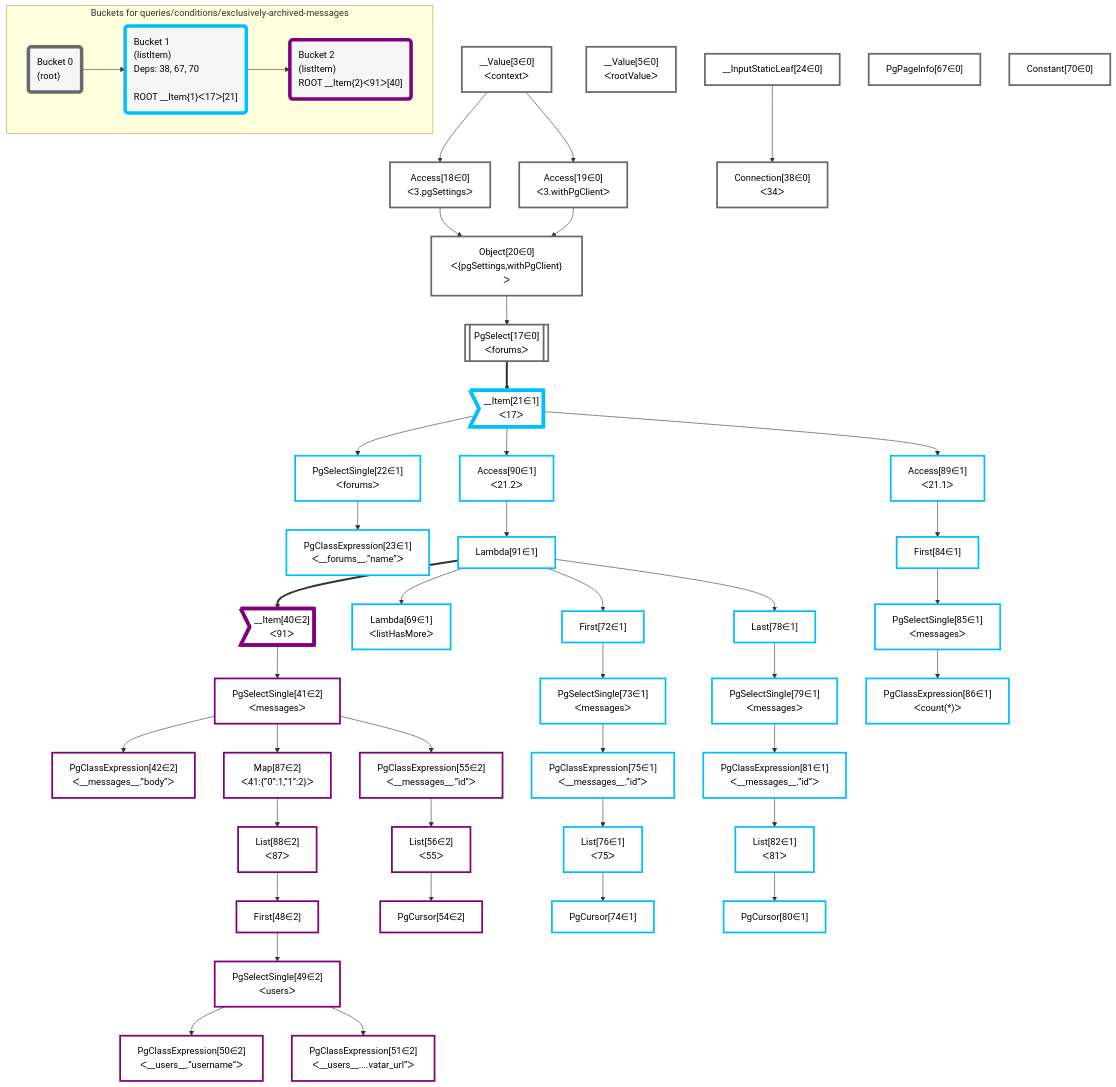
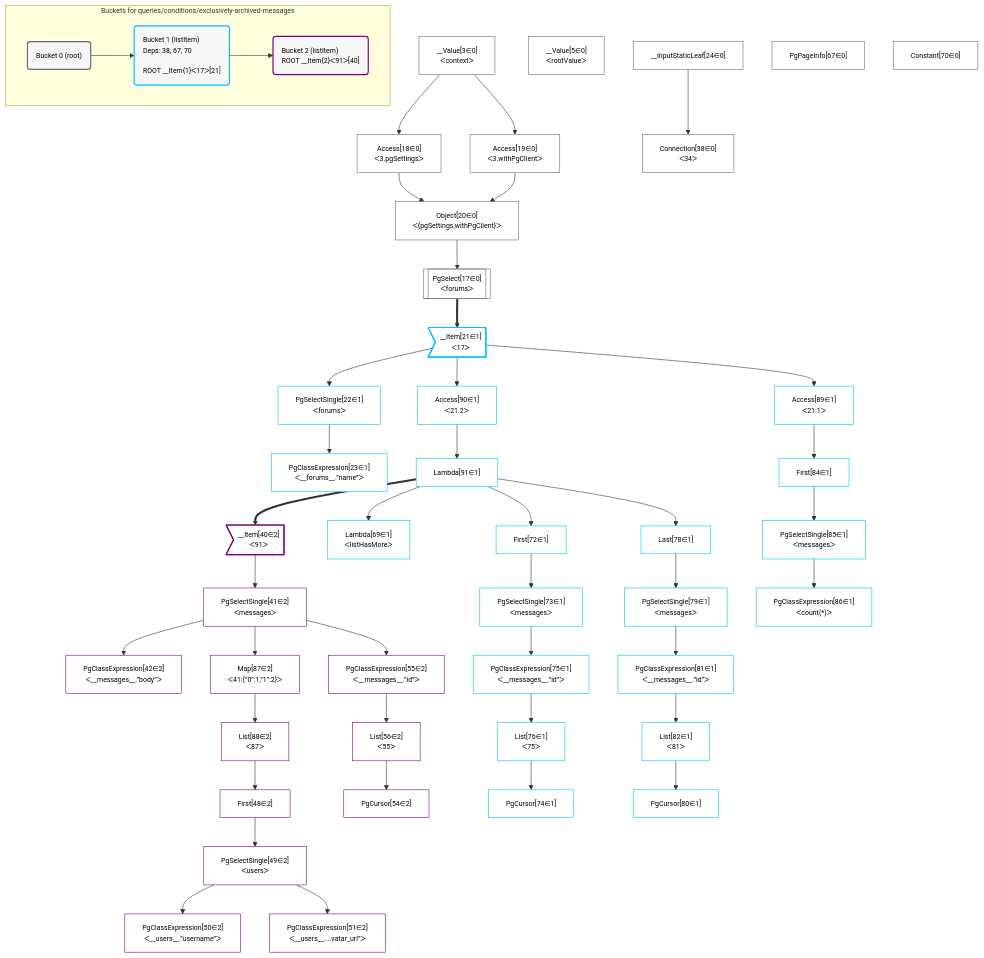
Before and after one commit to graphile/crystal: the diagram in grafast/dataplan-pg/__tests__/queries/conditions/exclusively-archived-messages.mermaid, drawn with Mermaid. The commit also changed 99 other files, not shown here.

```diff
--- a/grafast/dataplan-pg/__tests__/queries/conditions/exclusively-archived-messages.mermaid
+++ b/grafast/dataplan-pg/__tests__/queries/conditions/exclusively-archived-messages.mermaid
@@ -1,104 +1,105 @@
+%%{init: {'themeVariables': { 'fontSize': '12px'}}}%%
 graph TD
     classDef path fill:#eee,stroke:#000,color:#000
-    classDef plan fill:#fff,stroke-width:3px,color:#000
-    classDef itemplan fill:#fff,stroke-width:6px,color:#000
-    classDef sideeffectplan fill:#f00,stroke-width:6px,color:#000
-    classDef bucket fill:#f6f6f6,color:#000,stroke-width:6px,text-align:left
+    classDef plan fill:#fff,stroke-width:1px,color:#000
+    classDef itemplan fill:#fff,stroke-width:2px,color:#000
+    classDef sideeffectplan fill:#f00,stroke-width:2px,color:#000
+    classDef bucket fill:#f6f6f6,color:#000,stroke-width:2px,text-align:left
 
 
     %% define steps
     __Value3["__Value[3∈0]<br />ᐸcontextᐳ"]:::plan
     __Value5["__Value[5∈0]<br />ᐸrootValueᐳ"]:::plan
     Access18["Access[18∈0]<br />ᐸ3.pgSettingsᐳ"]:::plan
     Access19["Access[19∈0]<br />ᐸ3.withPgClientᐳ"]:::plan
     Object20["Object[20∈0]<br />ᐸ{pgSettings,withPgClient}ᐳ"]:::plan
     PgSelect17[["PgSelect[17∈0]<br />ᐸforumsᐳ"]]:::plan
     __Item21>"__Item[21∈1]<br />ᐸ17ᐳ"]:::itemplan
     PgSelectSingle22["PgSelectSingle[22∈1]<br />ᐸforumsᐳ"]:::plan
     PgClassExpression23["PgClassExpression[23∈1]<br />ᐸ__forums__.”name”ᐳ"]:::plan
     __InputStaticLeaf24["__InputStaticLeaf[24∈0]"]:::plan
     Connection38["Connection[38∈0]<br />ᐸ34ᐳ"]:::plan
     Access90["Access[90∈1]<br />ᐸ21.2ᐳ"]:::plan
     Lambda91["Lambda[91∈1]"]:::plan
     __Item40>"__Item[40∈2]<br />ᐸ91ᐳ"]:::itemplan
     PgSelectSingle41["PgSelectSingle[41∈2]<br />ᐸmessagesᐳ"]:::plan
     PgClassExpression42["PgClassExpression[42∈2]<br />ᐸ__messages__.”body”ᐳ"]:::plan
     Map87["Map[87∈2]<br />ᐸ41:{”0”:1,”1”:2}ᐳ"]:::plan
     List88["List[88∈2]<br />ᐸ87ᐳ"]:::plan
     First48["First[48∈2]"]:::plan
     PgSelectSingle49["PgSelectSingle[49∈2]<br />ᐸusersᐳ"]:::plan
     PgClassExpression50["PgClassExpression[50∈2]<br />ᐸ__users__.”username”ᐳ"]:::plan
     PgClassExpression51["PgClassExpression[51∈2]<br />ᐸ__users__....vatar_url”ᐳ"]:::plan
     PgClassExpression55["PgClassExpression[55∈2]<br />ᐸ__messages__.”id”ᐳ"]:::plan
     List56["List[56∈2]<br />ᐸ55ᐳ"]:::plan
     PgCursor54["PgCursor[54∈2]"]:::plan
     PgPageInfo67["PgPageInfo[67∈0]"]:::plan
     Lambda69["Lambda[69∈1]<br />ᐸlistHasMoreᐳ"]:::plan
     Constant70["Constant[70∈0]"]:::plan
     First72["First[72∈1]"]:::plan
     PgSelectSingle73["PgSelectSingle[73∈1]<br />ᐸmessagesᐳ"]:::plan
     PgClassExpression75["PgClassExpression[75∈1]<br />ᐸ__messages__.”id”ᐳ"]:::plan
     List76["List[76∈1]<br />ᐸ75ᐳ"]:::plan
     PgCursor74["PgCursor[74∈1]"]:::plan
     Last78["Last[78∈1]"]:::plan
     PgSelectSingle79["PgSelectSingle[79∈1]<br />ᐸmessagesᐳ"]:::plan
     PgClassExpression81["PgClassExpression[81∈1]<br />ᐸ__messages__.”id”ᐳ"]:::plan
     List82["List[82∈1]<br />ᐸ81ᐳ"]:::plan
     PgCursor80["PgCursor[80∈1]"]:::plan
     Access89["Access[89∈1]<br />ᐸ21.1ᐳ"]:::plan
     First84["First[84∈1]"]:::plan
     PgSelectSingle85["PgSelectSingle[85∈1]<br />ᐸmessagesᐳ"]:::plan
     PgClassExpression86["PgClassExpression[86∈1]<br />ᐸcount(*)ᐳ"]:::plan
 
     %% plan dependencies
     __Value3 --> Access18
     __Value3 --> Access19
     Access18 & Access19 --> Object20
     Object20 --> PgSelect17
     PgSelect17 ==> __Item21
     __Item21 --> PgSelectSingle22
     PgSelectSingle22 --> PgClassExpression23
     __InputStaticLeaf24 --> Connection38
     __Item21 --> Access90
     Access90 --> Lambda91
     Lambda91 ==> __Item40
     __Item40 --> PgSelectSingle41
     PgSelectSingle41 --> PgClassExpression42
     PgSelectSingle41 --> Map87
     Map87 --> List88
     List88 --> First48
     First48 --> PgSelectSingle49
     PgSelectSingle49 --> PgClassExpression50
     PgSelectSingle49 --> PgClassExpression51
     PgSelectSingle41 --> PgClassExpression55
     PgClassExpression55 --> List56
     List56 --> PgCursor54
     Lambda91 --> Lambda69
     Lambda91 --> First72
     First72 --> PgSelectSingle73
     PgSelectSingle73 --> PgClassExpression75
     PgClassExpression75 --> List76
     List76 --> PgCursor74
     Lambda91 --> Last78
     Last78 --> PgSelectSingle79
     PgSelectSingle79 --> PgClassExpression81
     PgClassExpression81 --> List82
     List82 --> PgCursor80
     __Item21 --> Access89
     Access89 --> First84
     First84 --> PgSelectSingle85
     PgSelectSingle85 --> PgClassExpression86
 
     subgraph "Buckets for queries/conditions/exclusively-archived-messages"
-    Bucket0("Bucket 0<br />(root)"):::bucket
+    Bucket0("Bucket 0 (root)"):::bucket
     classDef bucket0 stroke:#696969
     class Bucket0,__Value3,__Value5,PgSelect17,Access18,Access19,Object20,__InputStaticLeaf24,Connection38,PgPageInfo67,Constant70 bucket0
-    Bucket1("Bucket 1<br />(listItem)<br />Deps: 38, 67, 70<br /><br />ROOT __Item{1}ᐸ17ᐳ[21]"):::bucket
+    Bucket1("Bucket 1 (listItem)<br />Deps: 38, 67, 70<br /><br />ROOT __Item{1}ᐸ17ᐳ[21]"):::bucket
     classDef bucket1 stroke:#00bfff
     class Bucket1,__Item21,PgSelectSingle22,PgClassExpression23,Lambda69,First72,PgSelectSingle73,PgCursor74,PgClassExpression75,List76,Last78,PgSelectSingle79,PgCursor80,PgClassExpression81,List82,First84,PgSelectSingle85,PgClassExpression86,Access89,Access90,Lambda91 bucket1
-    Bucket2("Bucket 2<br />(listItem)<br />ROOT __Item{2}ᐸ91ᐳ[40]"):::bucket
+    Bucket2("Bucket 2 (listItem)<br />ROOT __Item{2}ᐸ91ᐳ[40]"):::bucket
     classDef bucket2 stroke:#7f007f
     class Bucket2,__Item40,PgSelectSingle41,PgClassExpression42,First48,PgSelectSingle49,PgClassExpression50,PgClassExpression51,PgCursor54,PgClassExpression55,List56,Map87,List88 bucket2
     Bucket0 --> Bucket1
     Bucket1 --> Bucket2
     end
```
